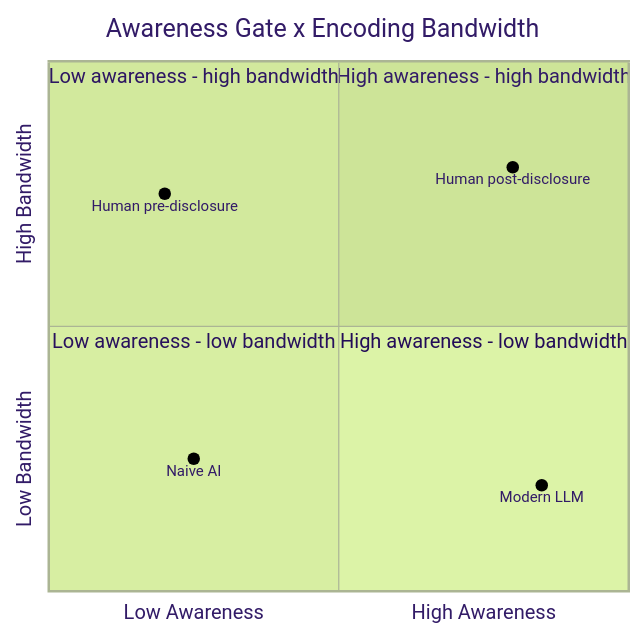
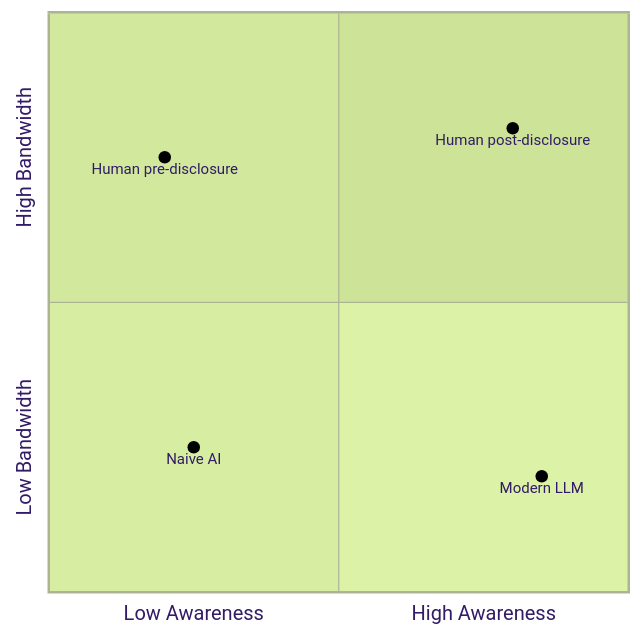
Before and after one commit to spectralbranding/sbt-papers: the diagram in r21-spectral-immunity/paper.md, drawn with Mermaid (forest theme). The commit also changed other lines of this file, not shown here.

Commit message:
mirror: 2026ac @ 2026-06-26

````diff
--- a/r21-spectral-immunity/paper.md
+++ b/r21-spectral-immunity/paper.md
@@ -93,14 +93,13 @@
 ```{.mermaid width=60%}
 quadrantChart
-    title Awareness Gate x Encoding Bandwidth
     x-axis Low Awareness --> High Awareness
     y-axis Low Bandwidth --> High Bandwidth
-    quadrant-1 High awareness - high bandwidth
-    quadrant-2 Low awareness - high bandwidth
-    quadrant-3 Low awareness - low bandwidth
-    quadrant-4 High awareness - low bandwidth
+    quadrant-1 " "
+    quadrant-2 " "
+    quadrant-3 " "
+    quadrant-4 " "
     Human pre-disclosure: [0.2, 0.75]
     Human post-disclosure: [0.8, 0.8]
     Naive AI: [0.25, 0.25]
     Modern LLM: [0.85, 0.2]
 ```
````
